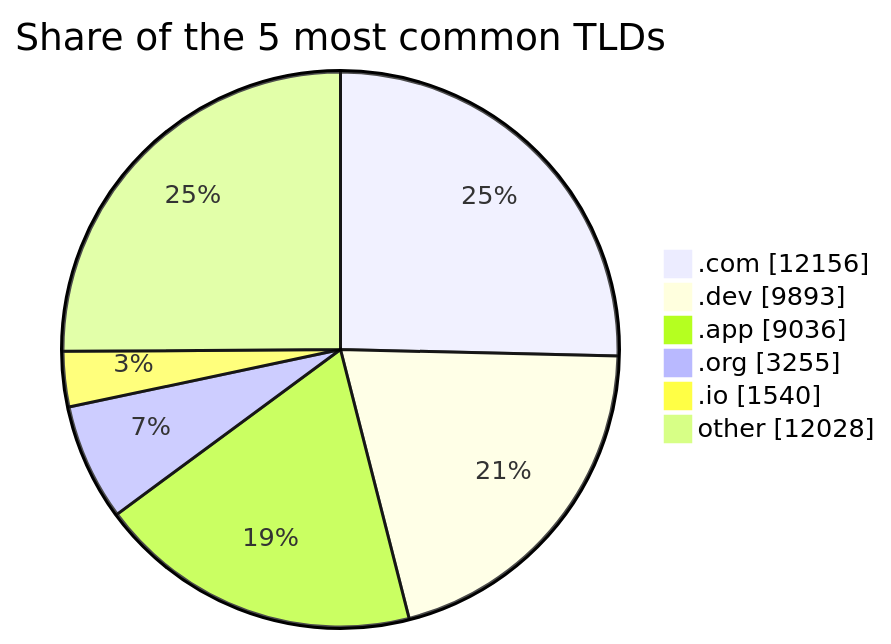
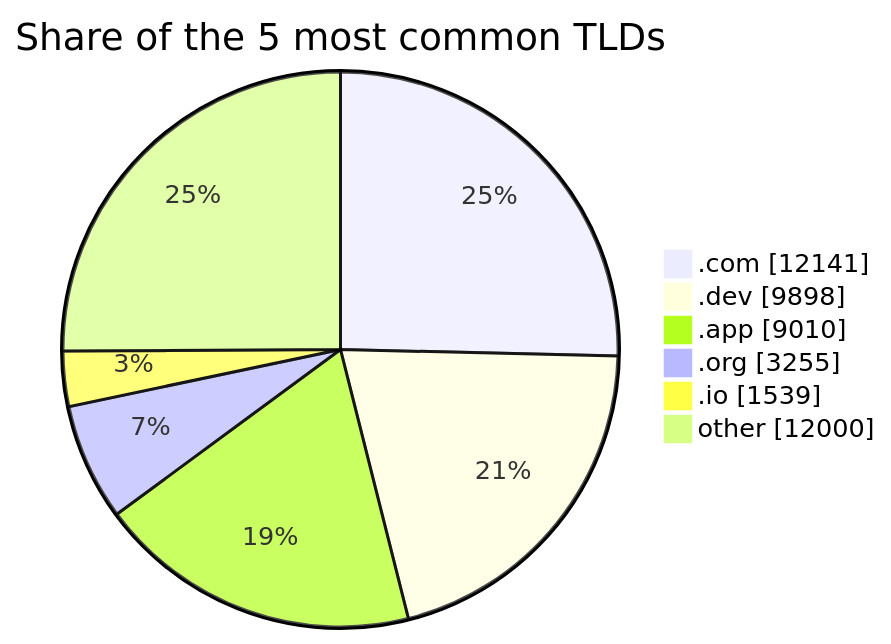
Before and after one commit to DNSBunker/CTI: the third of 3 diagrams in README.md, drawn with Mermaid. The commit also changed other lines of this file and 3 other files, not shown here.

````diff
--- a/README.md
+++ b/README.md
@@ -81,9 +81,9 @@
 ```mermaid
 pie showData title Share of the 5 most common TLDs
-    ".com" : 12156
-    ".dev" : 9893
-    ".app" : 9036
+    ".com" : 12141
+    ".dev" : 9898
+    ".app" : 9010
     ".org" : 3255
-    ".io" : 1540
-    "other" : 12028
+    ".io" : 1539
+    "other" : 12000
 ```
````
